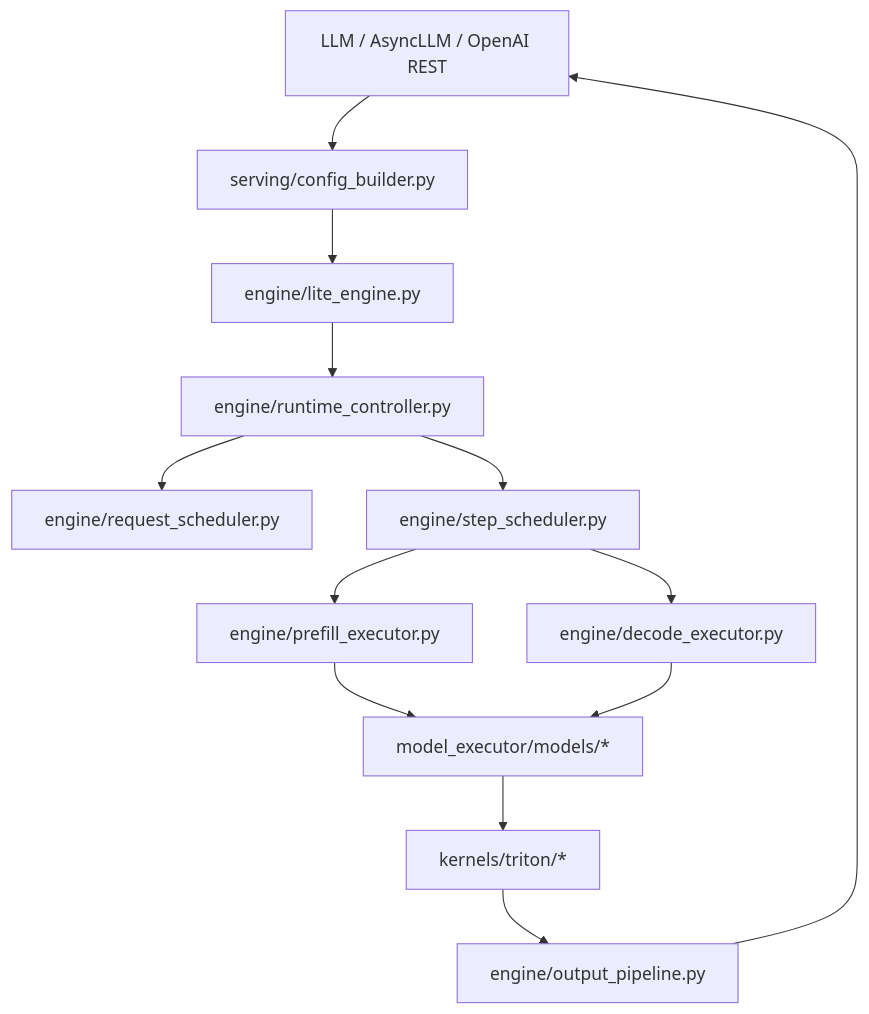
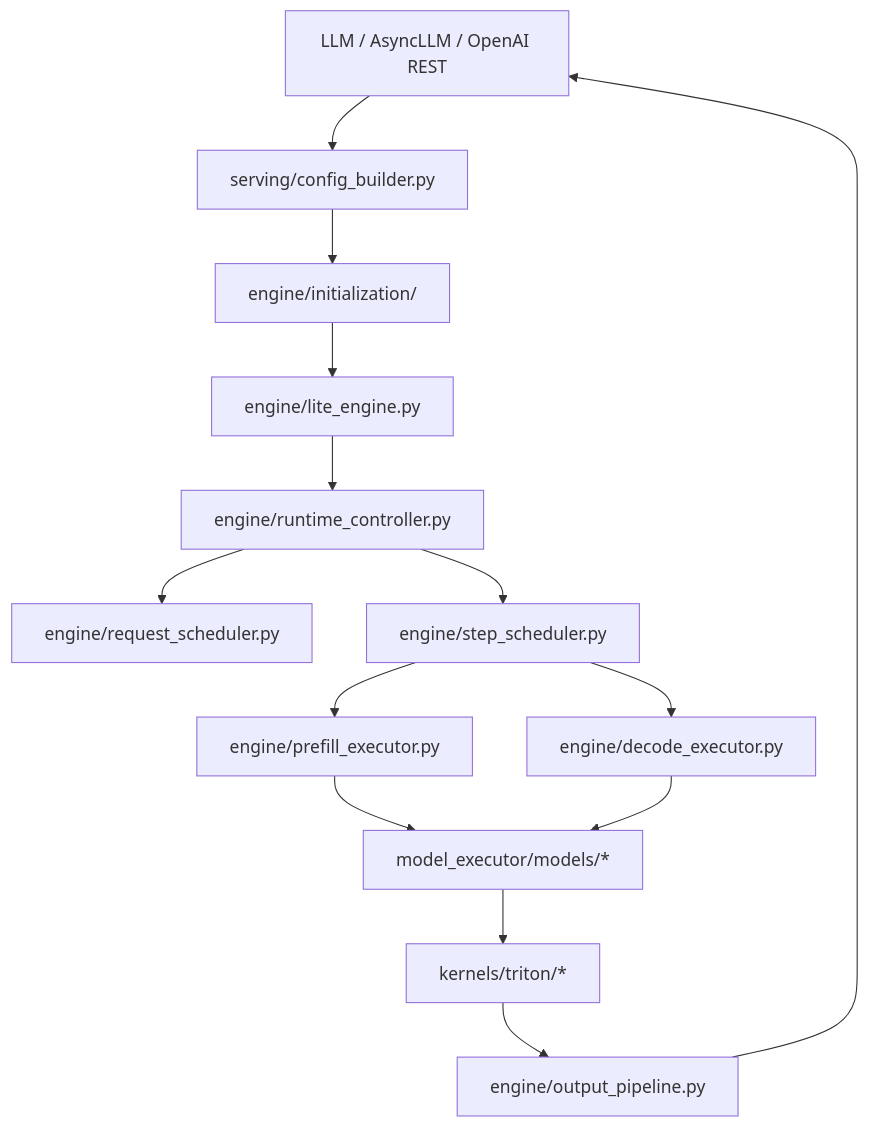
One commit to jiayingsong2023/litevLLM changed the first of 4 diagrams in docs/ARCHITECTURE_LITE.md. Above: the diagram before and after it, drawn with Mermaid. The commit also changed other lines of this file, not shown here.

First line of the commit message:
docs: update ARCHITECTURE_LITE for initialization refactor and lazy decode

````diff
--- a/docs/ARCHITECTURE_LITE.md
+++ b/docs/ARCHITECTURE_LITE.md
@@ -28,15 +29,16 @@
 ```mermaid
 flowchart TD
     API["LLM / AsyncLLM / OpenAI REST"] --> Config["serving/config_builder.py"]
-    Config --> Engine["engine/lite_engine.py"]
+    Config --> Init["engine/initialization/"]
+    Init --> Engine["engine/lite_engine.py"]
     Engine --> Controller["engine/runtime_controller.py"]
     Controller --> ReqSched["engine/request_scheduler.py"]
     Controller --> StepSched["engine/step_scheduler.py"]
     StepSched --> Prefill["engine/prefill_executor.py"]
     StepSched --> Decode["engine/decode_executor.py"]
     Prefill --> Model["model_executor/models/*"]
     Decode --> Model
     Model --> Kernels["kernels/triton/*"]
     Kernels --> Pipeline["engine/output_pipeline.py"]
     Pipeline --> API
 ```
````
